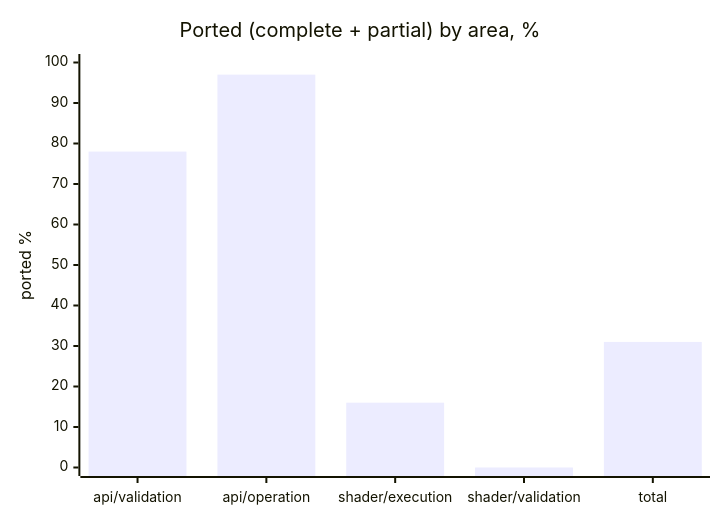
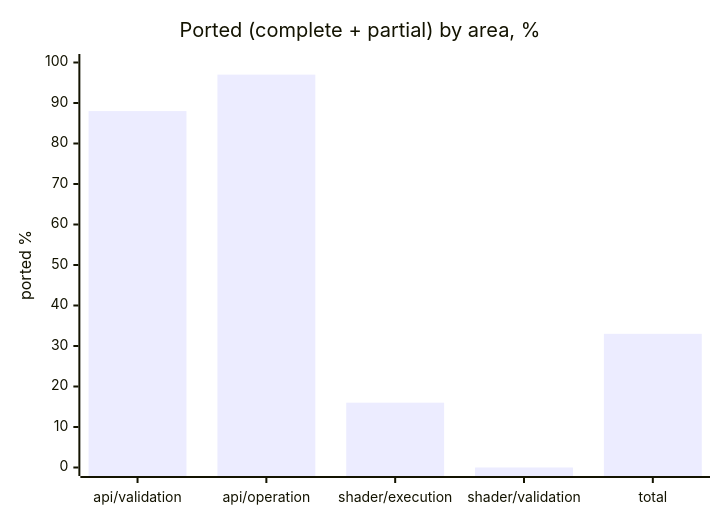
Before and after one commit to infosia/webgpu-native-cts: the second of 2 diagrams in README.md, drawn with Mermaid. The commit also changed other lines of this file and 17 other files, not shown here.

````diff
--- a/README.md
+++ b/README.md
@@ -104,7 +104,7 @@
 ```mermaid
 xychart-beta
     title "Ported (complete + partial) by area, %"
     x-axis ["api/validation", "api/operation", "shader/execution", "shader/validation", "total"]
     y-axis "ported %" 0 --> 100
-    bar [78, 97, 16, 0, 31]
+    bar [88, 97, 16, 0, 33]
 ```
````
